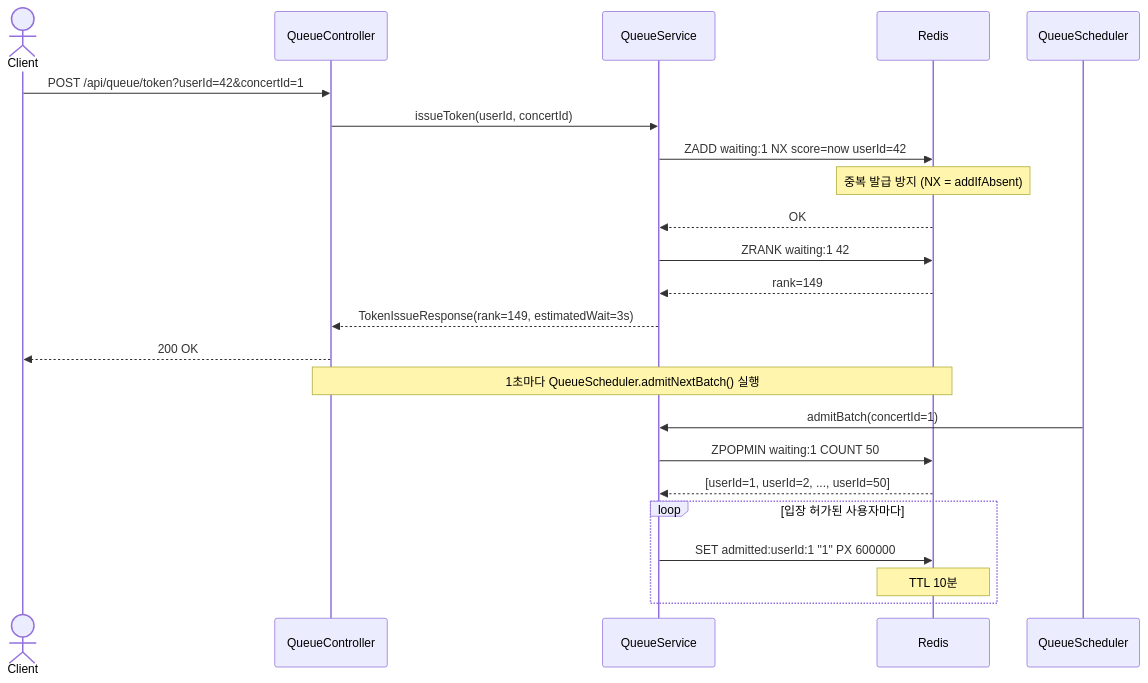
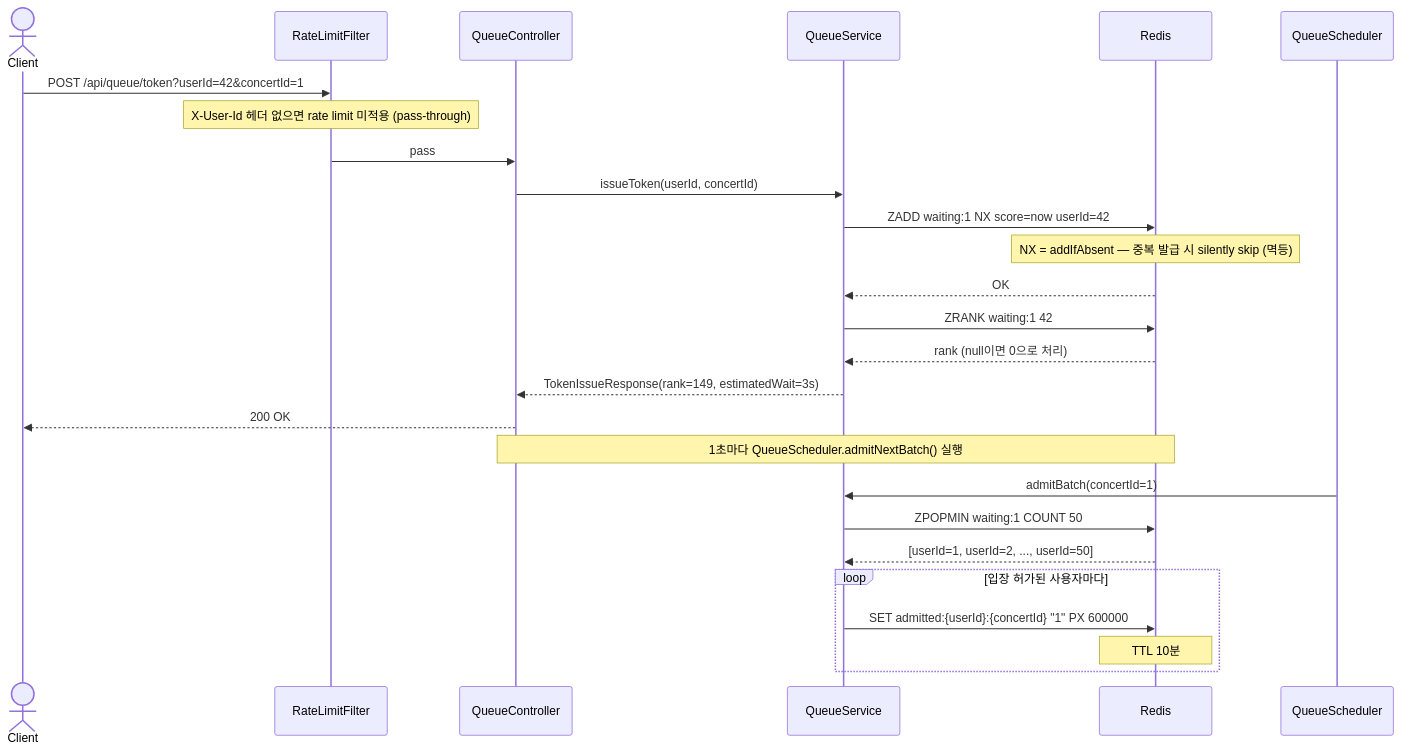
Before and after one commit to dragonsoup1/concert-ticketing: the first of 5 diagrams in docs/sequence-diagrams.md, drawn with Mermaid. The commit also changed other lines of this file and 4 other files, not shown here.

Commit message:
Update docs: API spec, architecture, ERD, requirements, sequence diagrams

````diff
--- a/docs/sequence-diagrams.md
+++ b/docs/sequence-diagrams.md
@@ -5,28 +5,33 @@
 ```mermaid
 sequenceDiagram
     actor Client
+    participant RateLimit as RateLimitFilter
     participant API as QueueController
     participant QS as QueueService
     participant Redis
 
-    Client->>API: POST /api/queue/token?userId=42&concertId=1
+    Client->>RateLimit: POST /api/queue/token?userId=42&concertId=1
+    note over RateLimit: X-User-Id 헤더 없으면 rate limit 미적용 (pass-through)
+    RateLimit->>API: pass
+
     API->>QS: issueToken(userId, concertId)
     QS->>Redis: ZADD waiting:1 NX score=now userId=42
-    note over Redis: 중복 발급 방지 (NX = addIfAbsent)
+    note over Redis: NX = addIfAbsent — 중복 발급 시 silently skip (멱등)
     Redis-->>QS: OK
+
     QS->>Redis: ZRANK waiting:1 42
-    Redis-->>QS: rank=149
+    Redis-->>QS: rank (null이면 0으로 처리)
     QS-->>API: TokenIssueResponse(rank=149, estimatedWait=3s)
     API-->>Client: 200 OK
 
     Note over API,Redis: 1초마다 QueueScheduler.admitNextBatch() 실행
 
     participant Scheduler as QueueScheduler
     Scheduler->>QS: admitBatch(concertId=1)
     QS->>Redis: ZPOPMIN waiting:1 COUNT 50
     Redis-->>QS: [userId=1, userId=2, ..., userId=50]
     loop 입장 허가된 사용자마다
-        QS->>Redis: SET admitted:userId:1 "1" PX 600000
+        QS->>Redis: SET admitted:{userId}:{concertId} "1" PX 600000
         note over Redis: TTL 10분
     end
 ```
````
